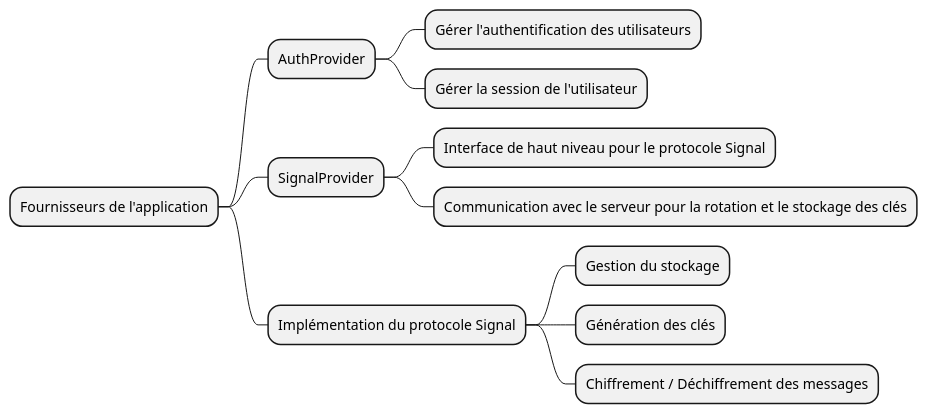
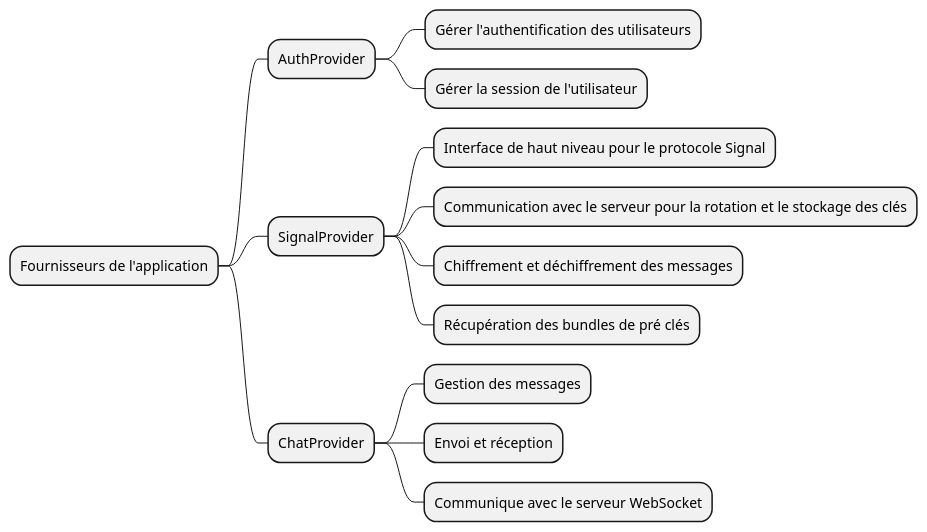
Before and after one commit to nezia1/missive-documentation: the diagram in docs/assets/diagrams/src/provider-diagram.puml, drawn with PlantUML. The commit also changed 1 other file, not shown here.

```diff
--- a/docs/assets/diagrams/src/provider-diagram.puml
+++ b/docs/assets/diagrams/src/provider-diagram.puml
@@ -1,13 +1,15 @@
 @startmindmap provider-diagram
 * Fournisseurs de l'application
 ** AuthProvider
 *** Gérer l'authentification des utilisateurs
 *** Gérer la session de l'utilisateur
 ** SignalProvider
 *** Interface de haut niveau pour le protocole Signal
 *** Communication avec le serveur pour la rotation et le stockage des clés
-** Implémentation du protocole Signal
-*** Gestion du stockage
-*** Génération des clés
-*** Chiffrement / Déchiffrement des messages
+*** Chiffrement et déchiffrement des messages
+*** Récupération des bundles de pré clés
+** ChatProvider
+*** Gestion des messages
+*** Envoi et réception
+*** Communique avec le serveur WebSocket
 @endmindmap
```
